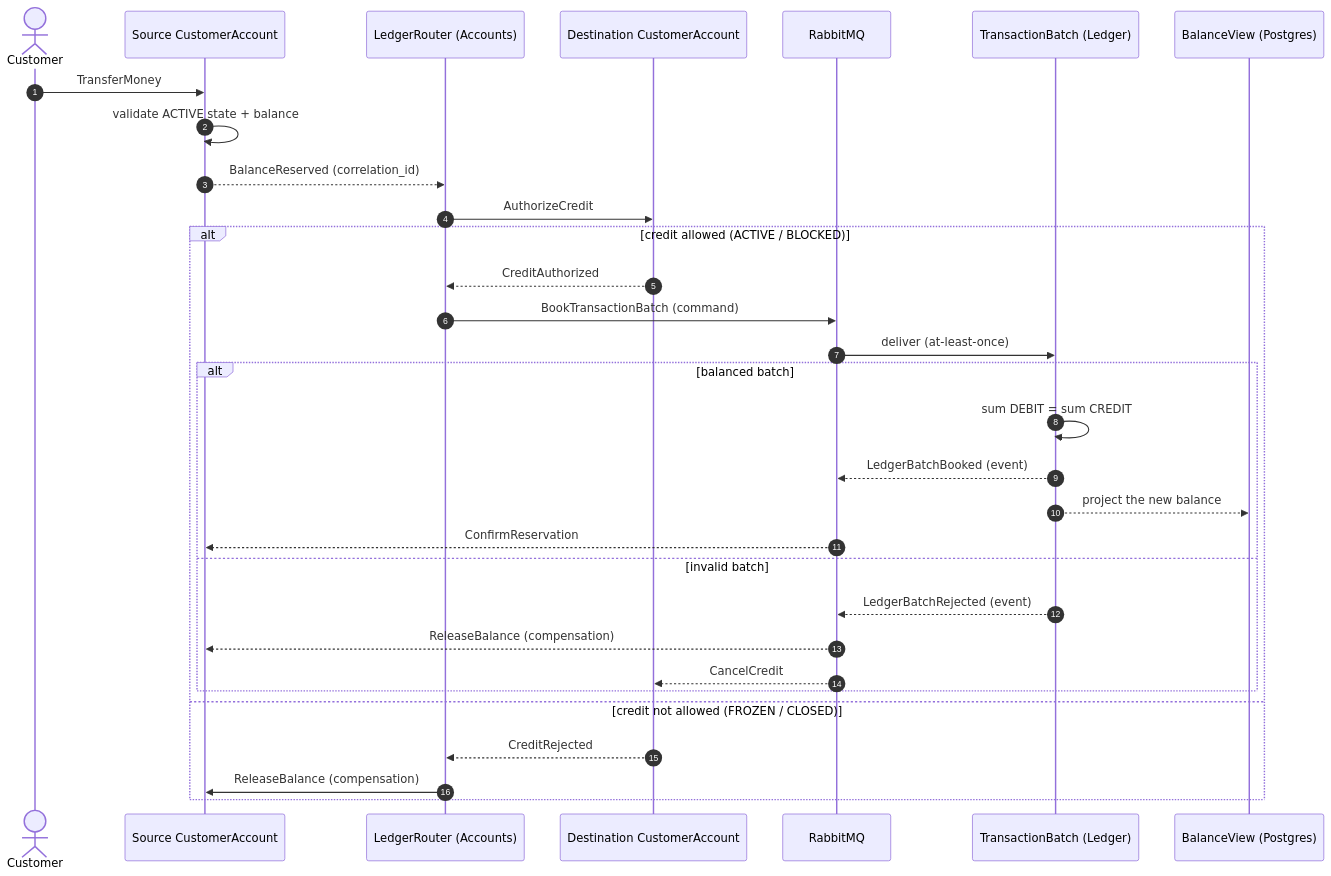
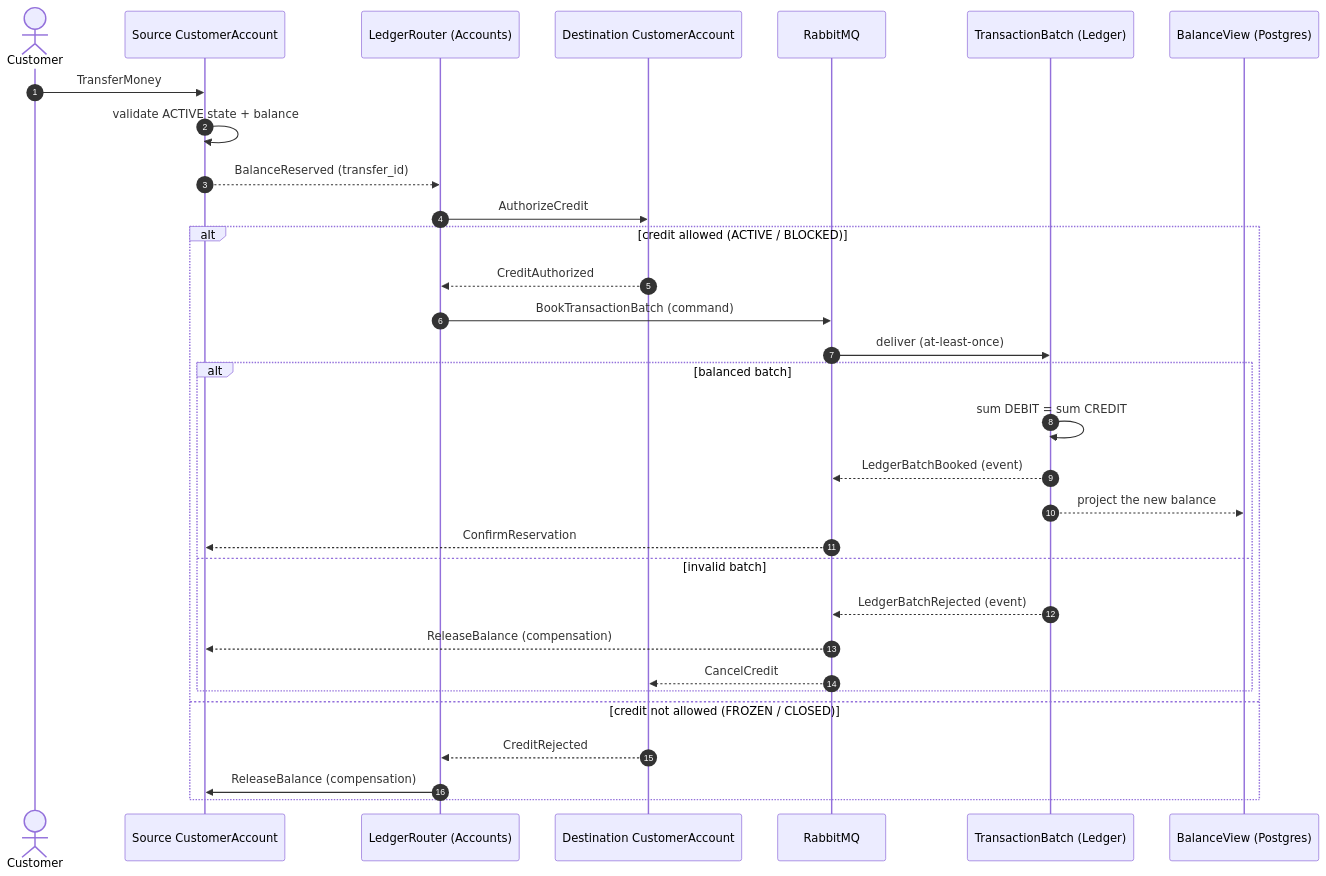
The fifth of 6 diagrams in docs/event_storming.md (LuanDc/banking), drawn with Mermaid before and after one commit. The commit also changed other lines of this file and 3 other files, not shown here.

````diff
--- a/docs/event_storming.md
+++ b/docs/event_storming.md
@@ -315,35 +315,35 @@
 ```mermaid
 sequenceDiagram
     autonumber
     actor Customer
     participant CA as Source CustomerAccount
     participant LR as LedgerRouter (Accounts)
     participant DA as Destination CustomerAccount
     participant MQ as RabbitMQ
     participant TB as TransactionBatch (Ledger)
     participant PJ as BalanceView (Postgres)
 
     Customer->>CA: TransferMoney
     CA->>CA: validate ACTIVE state + balance
-    CA-->>LR: BalanceReserved (correlation_id)
+    CA-->>LR: BalanceReserved (transfer_id)
     LR->>DA: AuthorizeCredit
 
     alt credit allowed (ACTIVE / BLOCKED)
         DA-->>LR: CreditAuthorized
         LR->>MQ: BookTransactionBatch (command)
         MQ->>TB: deliver (at-least-once)
         alt balanced batch
             TB->>TB: sum DEBIT = sum CREDIT
             TB-->>MQ: LedgerBatchBooked (event)
             TB-->>PJ: project the new balance
             MQ-->>CA: ConfirmReservation
         else invalid batch
             TB-->>MQ: LedgerBatchRejected (event)
             MQ-->>CA: ReleaseBalance (compensation)
             MQ-->>DA: CancelCredit
         end
     else credit not allowed (FROZEN / CLOSED)
         DA-->>LR: CreditRejected
         LR->>CA: ReleaseBalance (compensation)
     end
 ```
````
